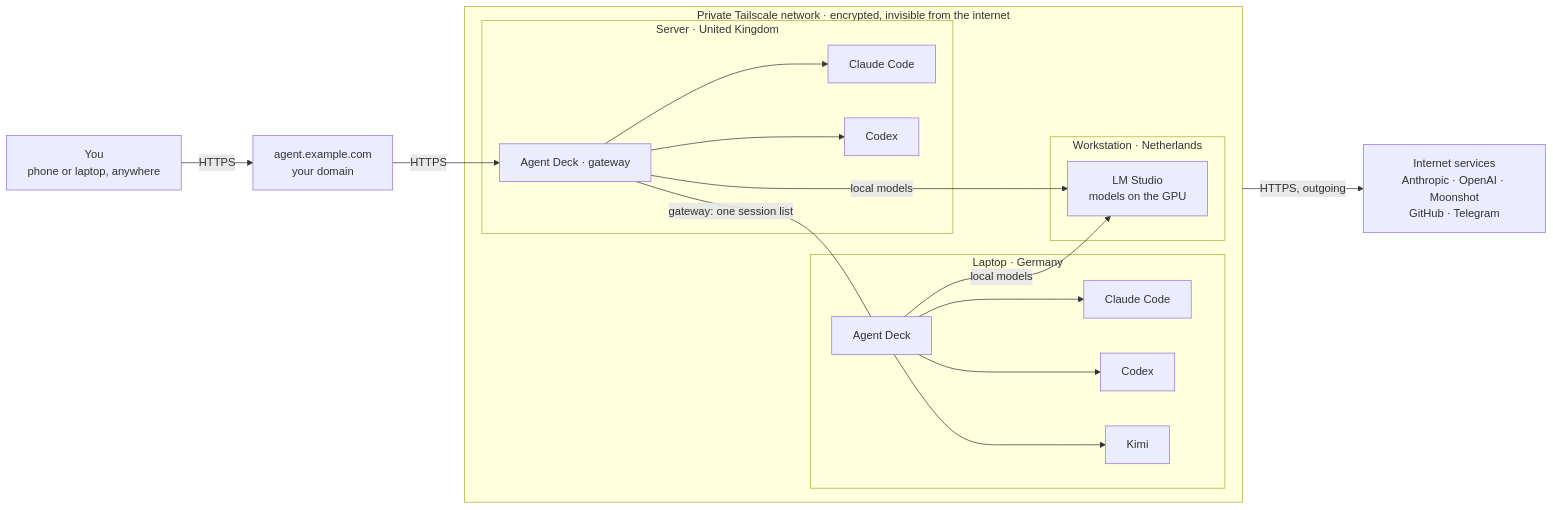
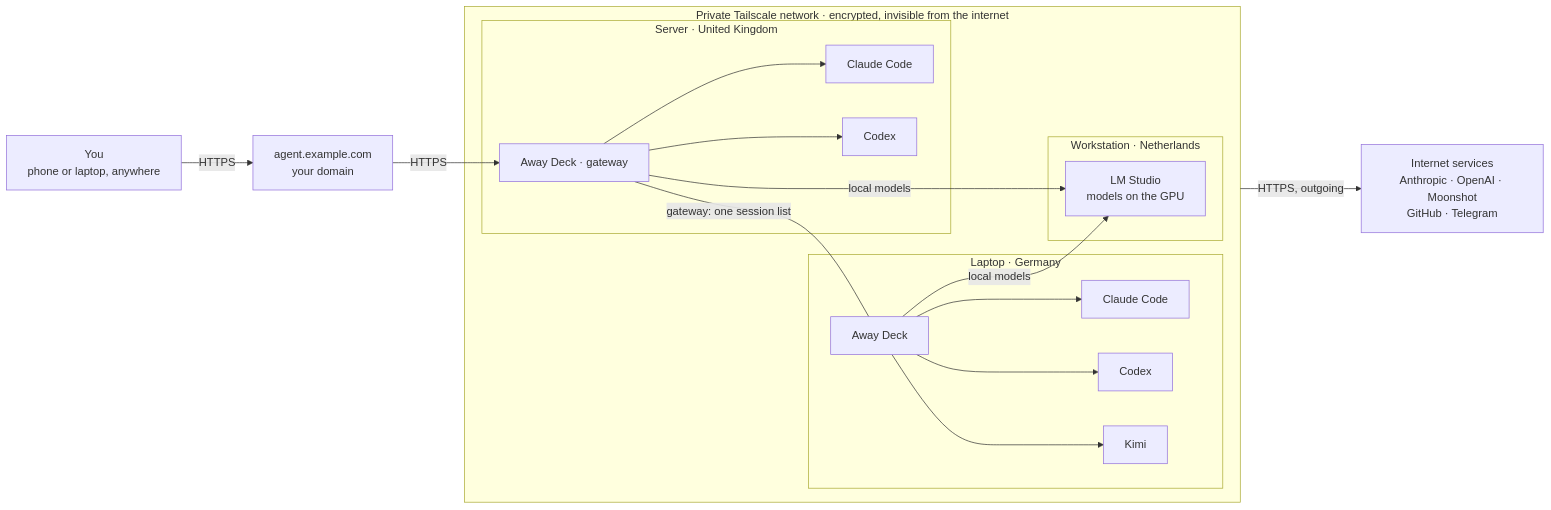
The diagram in README.md (matacoder/agent-deck), drawn with Mermaid before and after one commit. The commit also changed other lines of this file and 73 other files, not shown here.

First line of the commit message:
Agent Deck is now Away Deck: the name in the panel, installers, messages and documentation; paths and service names unchanged

````diff
--- a/README.md
+++ b/README.md
@@ -20,31 +22,31 @@
 ```mermaid
 flowchart LR
   U["You<br/>phone or laptop, anywhere"] -- "HTTPS" --> D["agent.example.com<br/>your domain"]
   subgraph NET["Private Tailscale network · encrypted, invisible from the internet"]
     subgraph C1["Server · United Kingdom"]
-      G["Agent Deck · gateway"]
+      G["Away Deck · gateway"]
       G1["Claude Code"]
       G2["Codex"]
     end
     subgraph C2["Laptop · Germany"]
-      H["Agent Deck"]
+      H["Away Deck"]
       H1["Claude Code"]
       H2["Codex"]
       H3["Kimi"]
     end
     subgraph C3["Workstation · Netherlands"]
       L["LM Studio<br/>models on the GPU"]
     end
   end
   S["Internet services<br/>Anthropic · OpenAI · Moonshot<br/>GitHub · Telegram"]
   D -- "HTTPS" --> G
   G -- "gateway: one session list" --- H
   G --> G1
   G --> G2
   H --> H1
   H --> H2
   H --> H3
   G -- "local models" --> L
   H -- "local models" --> L
   NET -- "HTTPS, outgoing" --> S
 ```
````
